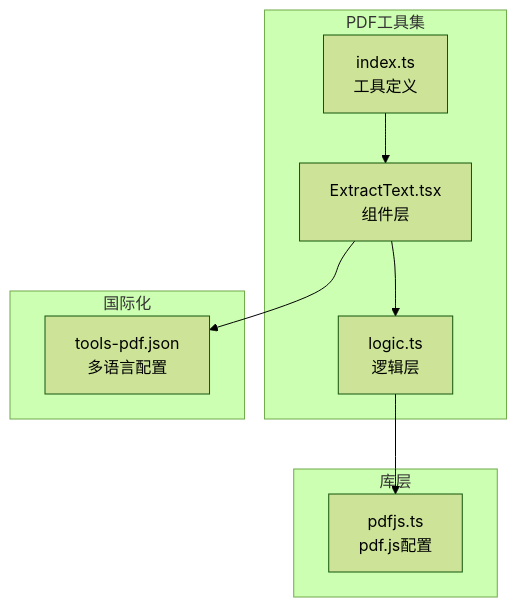
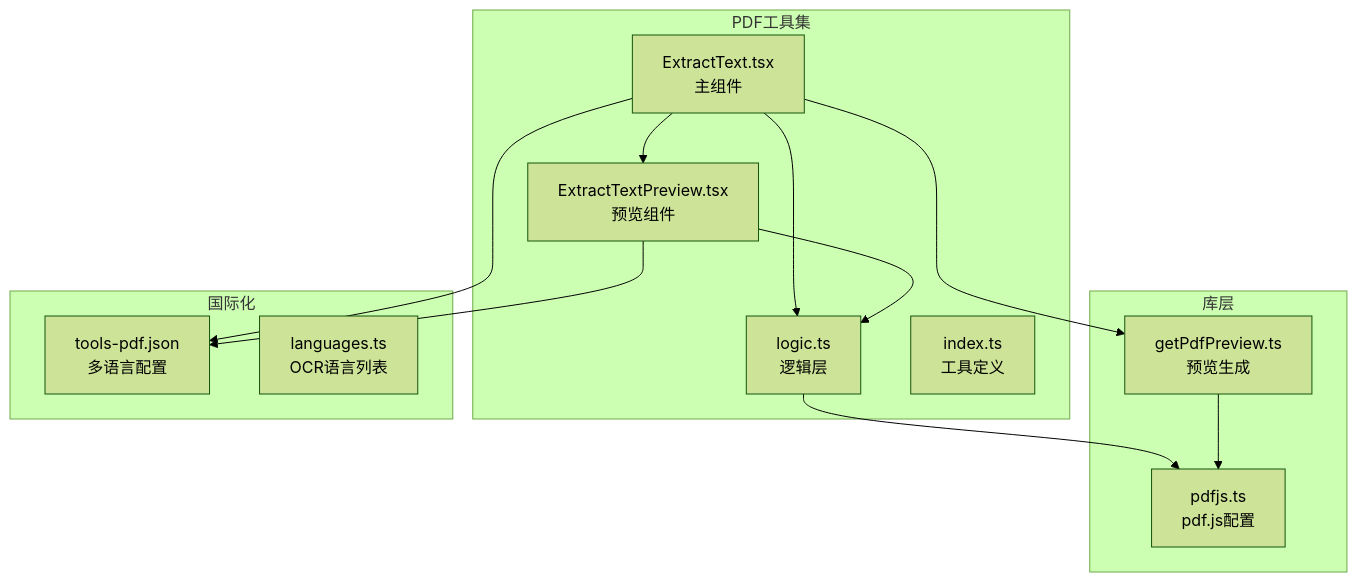
Before and after one commit to sgyy/privadeck: the first of 6 diagrams in .qoder/repowiki/zh/content/PDF工具/提取文本工具.md, drawn with Mermaid (forest theme). The commit also changed other lines of this file and 7 other files, not shown here.

````diff
--- a/.qoder/repowiki/zh/content/PDF工具/提取文本工具.md
+++ b/.qoder/repowiki/zh/content/PDF工具/提取文本工具.md
@@ -38,18 +46,25 @@
 ```mermaid
 graph TB
 subgraph "PDF工具集"
-ET["ExtractText.tsx<br/>组件层"]
+ET["ExtractText.tsx<br/>主组件"]
+ETP["ExtractTextPreview.tsx<br/>预览组件"]
 LOGIC["logic.ts<br/>逻辑层"]
 IDX["index.ts<br/>工具定义"]
 end
 subgraph "库层"
 PDFJS["pdfjs.ts<br/>pdf.js配置"]
+PREVIEW["getPdfPreview.ts<br/>预览生成"]
 end
 subgraph "国际化"
 MSG["tools-pdf.json<br/>多语言配置"]
+LANG["languages.ts<br/>OCR语言列表"]
 end
+ET --> ETP
 ET --> LOGIC
+ETP --> LOGIC
 LOGIC --> PDFJS
 ET --> MSG
-IDX --> ET
+ETP --> MSG
+ET --> PREVIEW
+PREVIEW --> PDFJS
 ```
````
